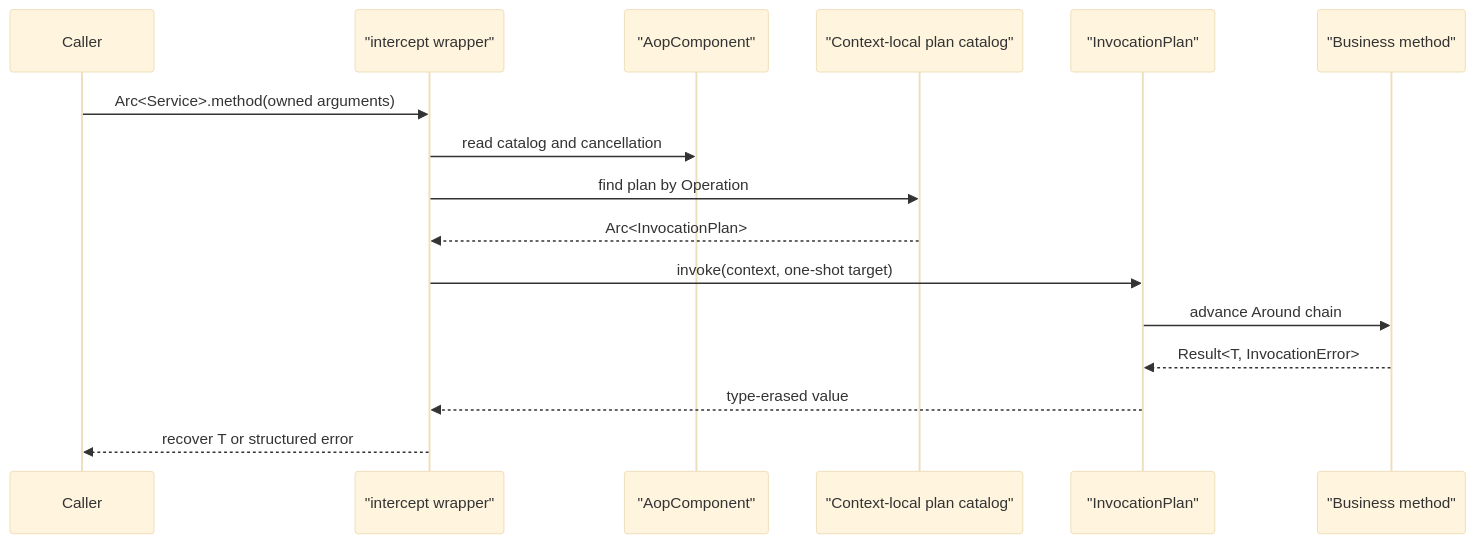
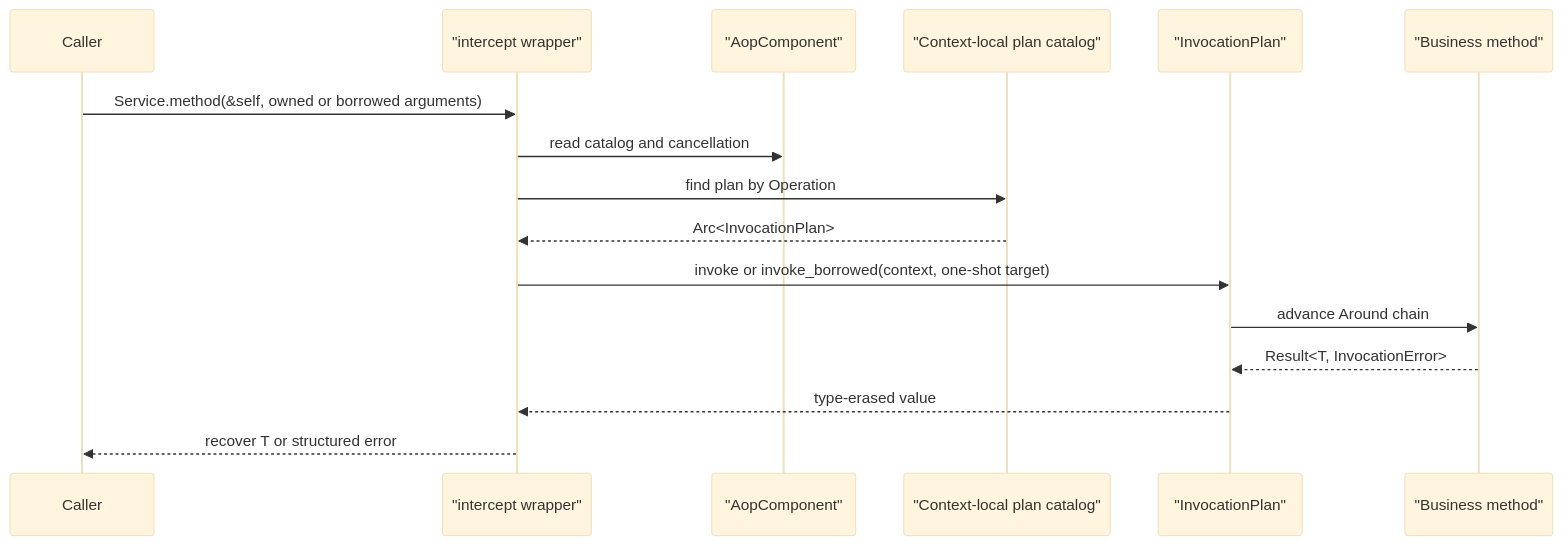
Before and after one commit to easy-4-rust/vernal: the ninth of 20 diagrams in docs/Vernal-Architecture.md, drawn with Mermaid (base theme). The commit also changed other lines of this file and 16 other files, not shown here.

````diff
--- a/docs/Vernal-Architecture.md
+++ b/docs/Vernal-Architecture.md
@@ -615,19 +622,19 @@
 ```mermaid
 sequenceDiagram
     participant Caller
     participant Macro as "intercept wrapper"
     participant Component as "AopComponent"
     participant Catalog as "Context-local plan catalog"
     participant Plan as "InvocationPlan"
     participant Target as "Business method"
 
-    Caller->>Macro: Arc<Service>.method(owned arguments)
+    Caller->>Macro: Service.method(&self, owned or borrowed arguments)
     Macro->>Component: read catalog and cancellation
     Macro->>Catalog: find plan by Operation
     Catalog-->>Macro: Arc<InvocationPlan>
-    Macro->>Plan: invoke(context, one-shot target)
+    Macro->>Plan: invoke or invoke_borrowed(context, one-shot target)
     Plan->>Target: advance Around chain
     Target-->>Plan: Result<T, InvocationError>
     Plan-->>Macro: type-erased value
     Macro-->>Caller: recover T or structured error
 ```
````
